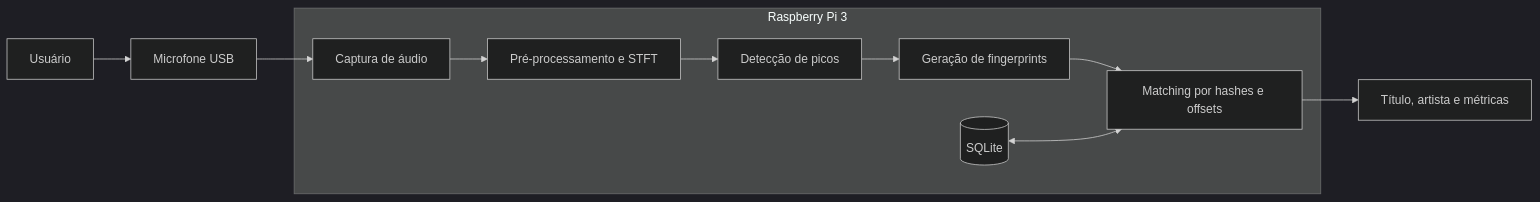
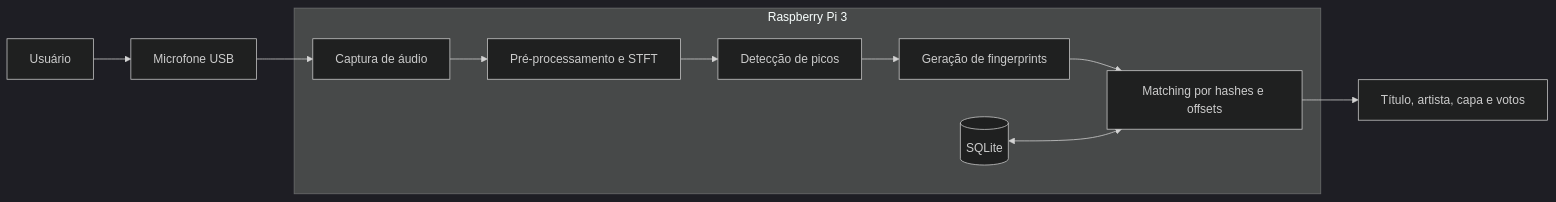
The diagram in README.md (ana-vitoria-murad/PCS3732_project), drawn with Mermaid (dark theme) before and after one commit. The commit also changed other lines of this file and 1286 other files, not shown here.

````diff
--- a/README.md
+++ b/README.md
@@ -126,24 +131,24 @@
 ```mermaid
 flowchart LR
 
     USER[Usuário]
     MIC[Microfone USB]
 
     subgraph PI["Raspberry Pi 3"]
         REC[Captura de áudio]
         PRE[Pré-processamento e STFT]
         PEAK[Detecção de picos]
         FP[Geração de fingerprints]
         DB[(SQLite)]
         MATCH[Matching por hashes e offsets]
     end
 
     USER --> MIC
     MIC --> REC
     REC --> PRE
     PRE --> PEAK
     PEAK --> FP
     FP --> MATCH
     DB <--> MATCH
-    MATCH --> RES[Título, artista e métricas]
+    MATCH --> RES[Título, artista, capa e votos]
 ```
````
